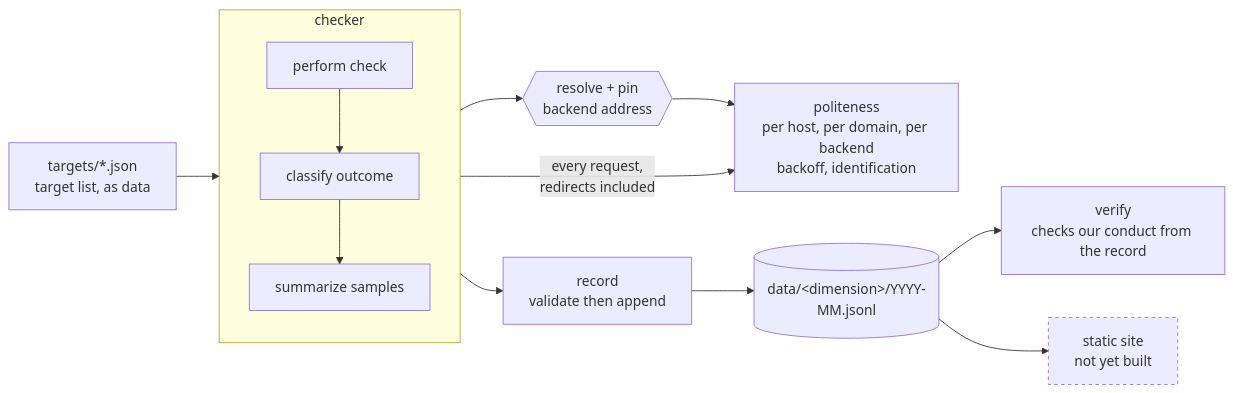
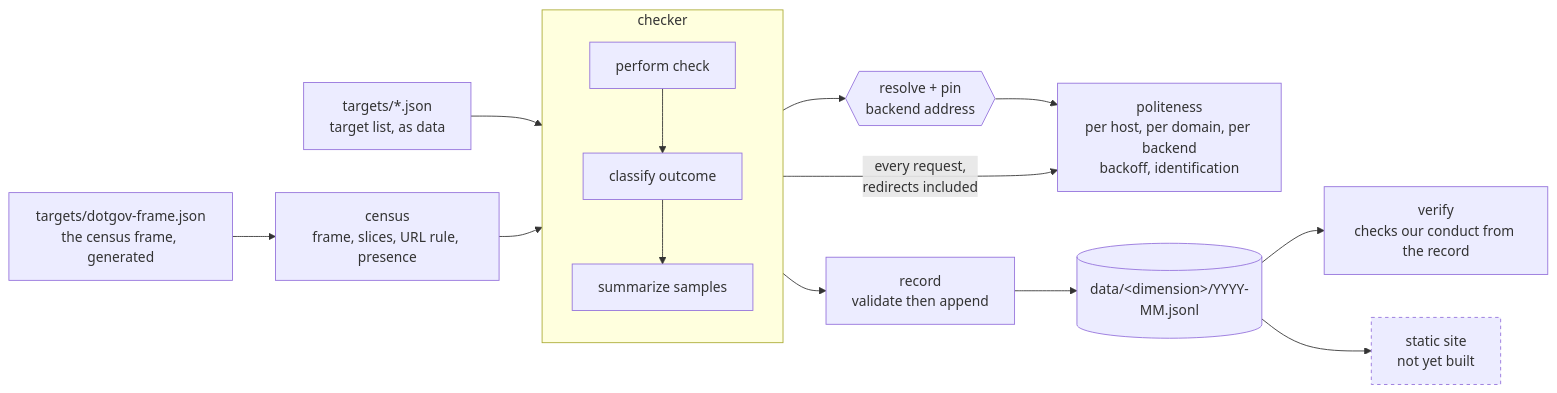
The first of 2 diagrams in ARCHITECTURE.md (theDotGovDev/govWebChecker), drawn with Mermaid before and after one commit. The commit also changed other lines of this file and 35 other files, not shown here.

````diff
--- a/ARCHITECTURE.md
+++ b/ARCHITECTURE.md
@@ -15,19 +15,21 @@
 ```mermaid
 flowchart LR
     targets[targets/*.json<br/>target list, as data] --> checker
     subgraph checker[checker]
         direction TB
         C1[perform check] --> C2[classify outcome]
         C2 --> C3[summarize samples]
     end
     checker -->|every request,<br/>redirects included| politeness
     politeness[politeness<br/>per host, per domain, per backend<br/>backoff, identification]
     dns{{resolve + pin<br/>backend address}} --> politeness
     checker --> dns
+    frame[targets/dotgov-frame.json<br/>the census frame, generated] --> census
+    census[census<br/>frame, slices, URL rule, presence] --> checker
     checker --> record[record<br/>validate then append]
     record --> data[(data/&lt;dimension&gt;/YYYY-MM.jsonl)]
     data --> verify[verify<br/>checks our conduct from the record]
     data --> site[static site<br/>not yet built]
 
     style site stroke-dasharray: 4 4
 ```
````
